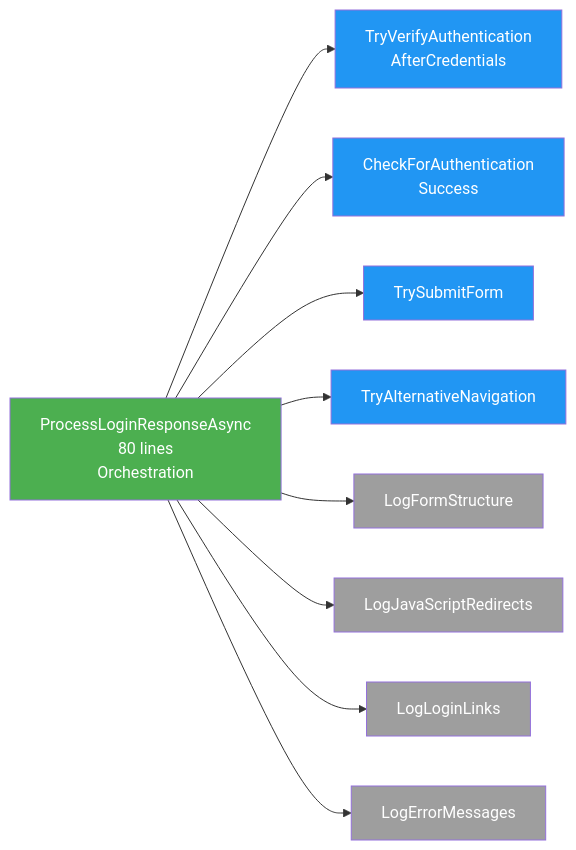
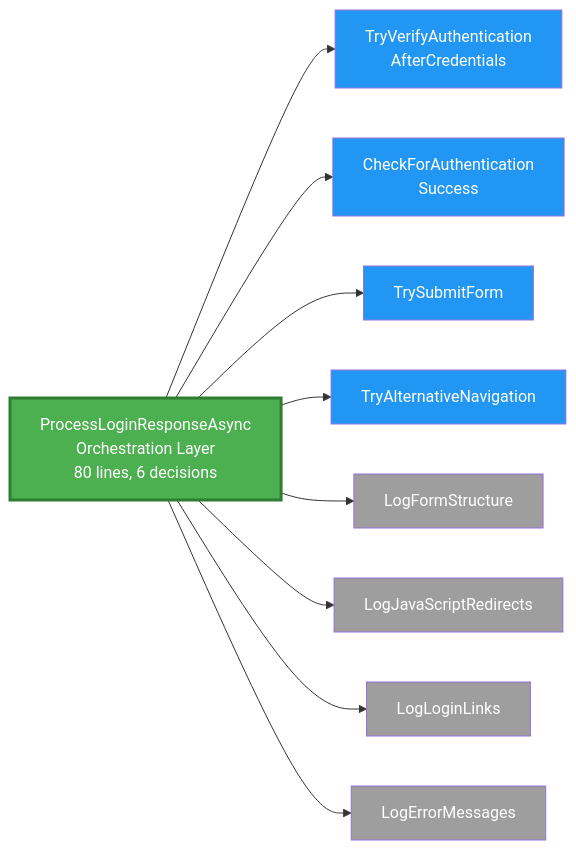
The fourth of 10 diagrams in doc/ARCHITECTURE.md (Hoejsgaard/aula), drawn with Mermaid before and after one commit. The commit also changed other lines of this file and 5 other files, not shown here.

````diff
--- a/doc/ARCHITECTURE.md
+++ b/doc/ARCHITECTURE.md
@@ -143,21 +285,21 @@
 ```mermaid
 graph LR
-    A[ProcessLoginResponseAsync<br/>80 lines<br/>Orchestration] --> B[TryVerifyAuthentication<br/>AfterCredentials]
+    A[ProcessLoginResponseAsync<br/>Orchestration Layer<br/>80 lines, 6 decisions] --> B[TryVerifyAuthentication<br/>AfterCredentials]
     A --> C[CheckForAuthentication<br/>Success]
     A --> D[TrySubmitForm]
     A --> E[TryAlternativeNavigation]
     A --> F[LogFormStructure]
     A --> G[LogJavaScriptRedirects]
     A --> H[LogLoginLinks]
     A --> I[LogErrorMessages]
 
-    style A fill:#4CAF50,color:#fff
+    style A fill:#4CAF50,color:#fff,stroke:#2E7D32,stroke-width:3px
     style B fill:#2196F3,color:#fff
     style C fill:#2196F3,color:#fff
     style D fill:#2196F3,color:#fff
     style E fill:#2196F3,color:#fff
     style F fill:#9E9E9E,color:#fff
     style G fill:#9E9E9E,color:#fff
     style H fill:#9E9E9E,color:#fff
     style I fill:#9E9E9E,color:#fff
 ```
````
